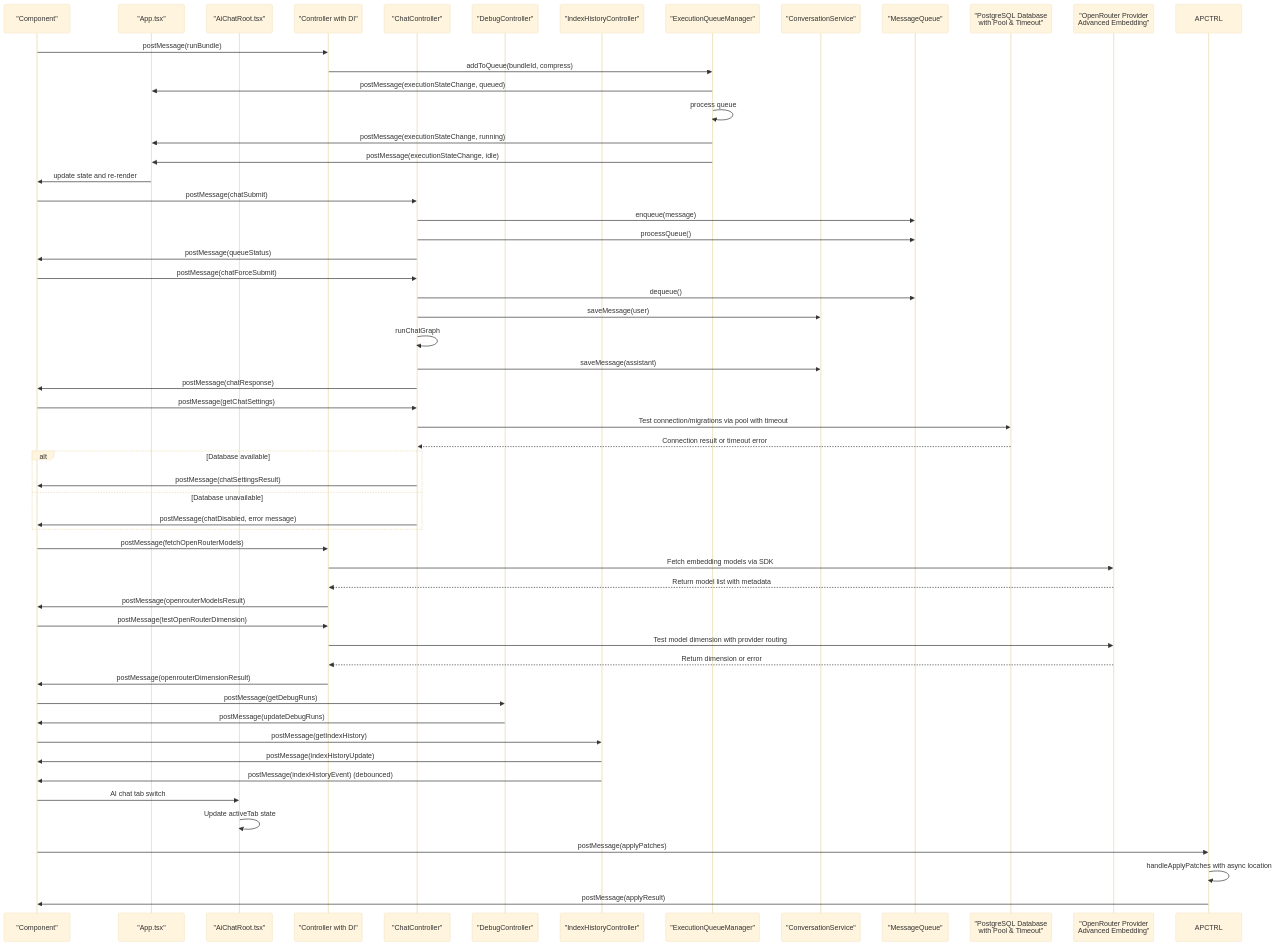
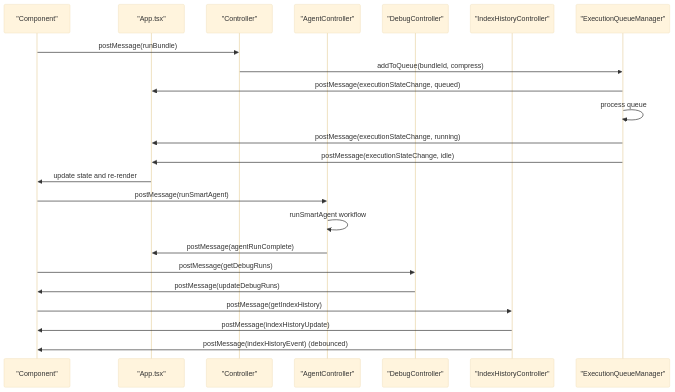
Before and after one commit to bramburn/repomix-runner: the seventh of 10 diagrams in .qoder/repowiki/en/content/Webview Interface/Webview Interface.md, drawn with Mermaid (base theme). The commit also changed other lines of this file and 41 other files, not shown here.

````diff
--- a/.qoder/repowiki/en/content/Webview Interface/Webview Interface.md
+++ b/.qoder/repowiki/en/content/Webview Interface/Webview Interface.md
@@ -665,58 +377,25 @@
 ```mermaid
 sequenceDiagram
 participant UI as "Component"
 participant APP as "App.tsx"
-participant AICHROOT as "AiChatRoot.tsx"
-participant CTRL as "Controller with DI"
-participant CHCTRL as "ChatController"
+participant CTRL as "Controller"
+participant ACTRL as "AgentController"
 participant DCTRL as "DebugController"
 participant IHCTRL as "IndexHistoryController"
 participant EQM as "ExecutionQueueManager"
-participant CONV as "ConversationService"
-participant QUEUE as "MessageQueue"
-participant DB as "PostgreSQL Database<br/>with Pool & Timeout"
-participant OPENROUTER as "OpenRouter Provider<br/>Advanced Embedding"
 UI->>CTRL : postMessage(runBundle)
 CTRL->>EQM : addToQueue(bundleId, compress)
 EQM->>APP : postMessage(executionStateChange, queued)
 EQM->>EQM : process queue
 EQM->>APP : postMessage(executionStateChange, running)
 EQM->>APP : postMessage(executionStateChange, idle)
 APP->>UI : update state and re-render
-UI->>CHCTRL : postMessage(chatSubmit)
-CHCTRL->>QUEUE : enqueue(message)
-CHCTRL->>QUEUE : processQueue()
-CHCTRL->>UI : postMessage(queueStatus)
-UI->>CHCTRL : postMessage(chatForceSubmit)
-CHCTRL->>QUEUE : dequeue()
-CHCTRL->>CONV : saveMessage(user)
-CHCTRL->>CHCTRL : runChatGraph
-CHCTRL->>CONV : saveMessage(assistant)
-CHCTRL->>UI : postMessage(chatResponse)
-UI->>CHCTRL : postMessage(getChatSettings)
-CHCTRL->>DB : Test connection/migrations via pool with timeout
-DB-->>CHCTRL : Connection result or timeout error
-alt Database available
-CHCTRL->>UI : postMessage(chatSettingsResult)
-else Database unavailable
-CHCTRL->>UI : postMessage(chatDisabled, error message)
-end
-UI->>CTRL : postMessage(fetchOpenRouterModels)
-CTRL->>OPENROUTER : Fetch embedding models via SDK
-OPENROUTER-->>CTRL : Return model list with metadata
-CTRL->>UI : postMessage(openrouterModelsResult)
-UI->>CTRL : postMessage(testOpenRouterDimension)
-CTRL->>OPENROUTER : Test model dimension with provider routing
-OPENROUTER-->>CTRL : Return dimension or error
-CTRL->>UI : postMessage(openrouterDimensionResult)
+UI->>ACTRL : postMessage(runSmartAgent)
+ACTRL->>ACTRL : runSmartAgent workflow
+ACTRL->>APP : postMessage(agentRunComplete)
 UI->>DCTRL : postMessage(getDebugRuns)
 DCTRL->>UI : postMessage(updateDebugRuns)
 UI->>IHCTRL : postMessage(getIndexHistory)
 IHCTRL->>UI : postMessage(indexHistoryUpdate)
 IHCTRL->>UI : postMessage(indexHistoryEvent) (debounced)
-UI->>AICHROOT : AI chat tab switch
-AICHROOT->>AICHROOT : Update activeTab state
-UI->>APCTRL : postMessage(applyPatches)
-APCTRL->>APCTRL : handleApplyPatches with async location
-APCTRL->>UI : postMessage(applyResult)
 ```
````
